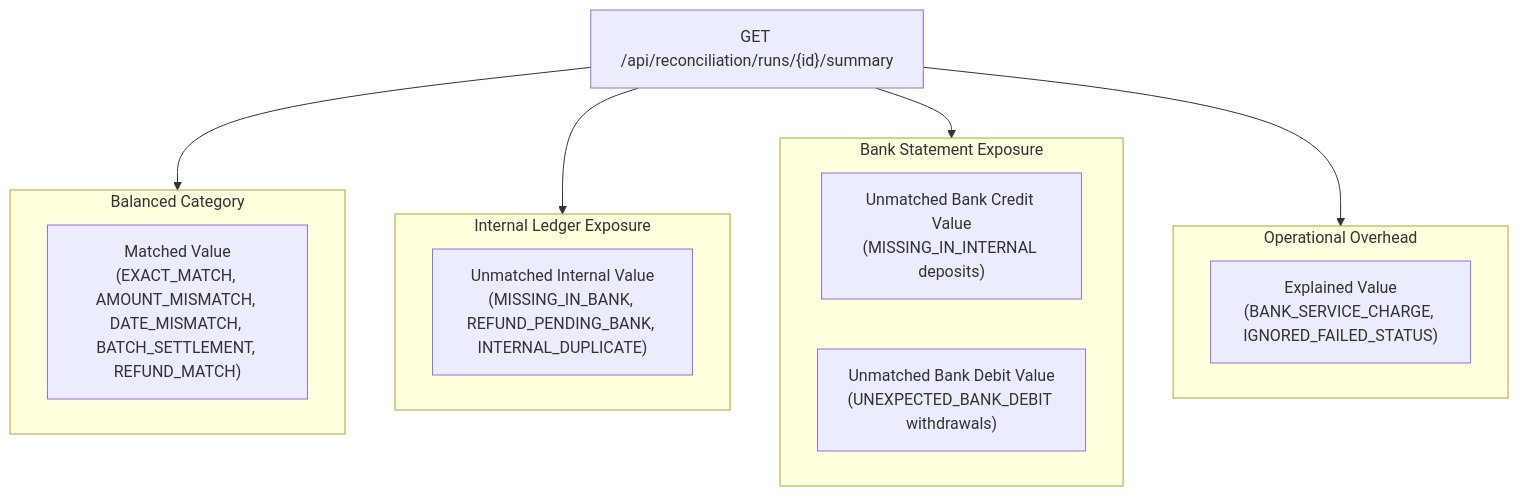
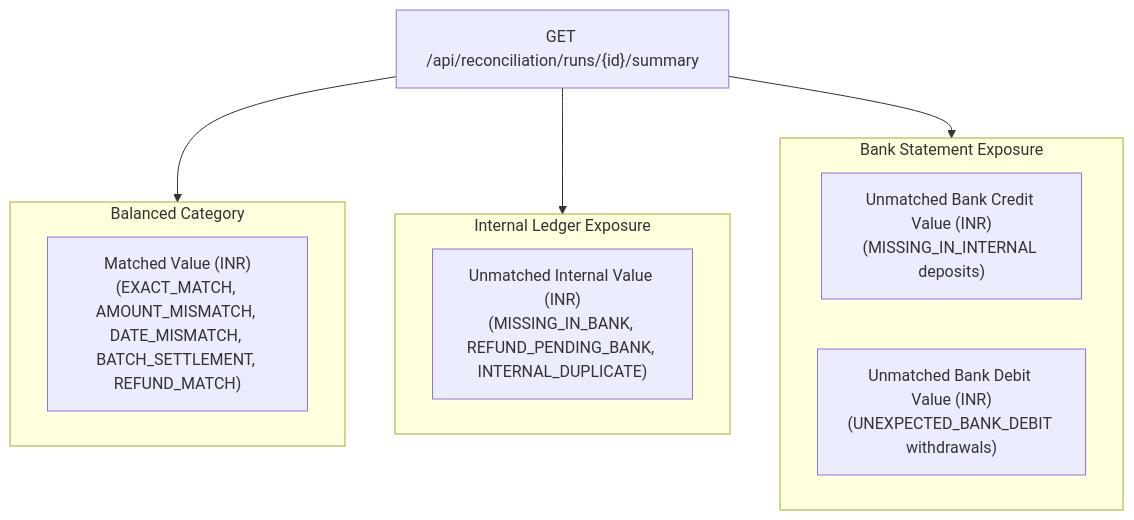
The fifth of 6 diagrams in WORKFLOW.md (Kaifkhan1212/ReconcileX), drawn with Mermaid before and after one commit. The commit also changed other lines of this file and 53 other files, not shown here.

````diff
--- a/WORKFLOW.md
+++ b/WORKFLOW.md
@@ -180,26 +181,21 @@
 ```mermaid
 graph TD
     RunSummary["GET /api/reconciliation/runs/{id}/summary"]
     
     subgraph Balanced["Balanced Category"]
-        Matched["Matched Value<br/>(EXACT_MATCH, AMOUNT_MISMATCH, DATE_MISMATCH, BATCH_SETTLEMENT, REFUND_MATCH)"]
+        Matched["Matched Value (INR)<br/>(EXACT_MATCH, AMOUNT_MISMATCH, DATE_MISMATCH, BATCH_SETTLEMENT, REFUND_MATCH)"]
     end
 
     subgraph InternalExposure["Internal Ledger Exposure"]
-        UnmatchedInternal["Unmatched Internal Value<br/>(MISSING_IN_BANK, REFUND_PENDING_BANK, INTERNAL_DUPLICATE)"]
+        UnmatchedInternal["Unmatched Internal Value (INR)<br/>(MISSING_IN_BANK, REFUND_PENDING_BANK, INTERNAL_DUPLICATE)"]
     end
 
     subgraph BankExposure["Bank Statement Exposure"]
-        UnmatchedCredit["Unmatched Bank Credit Value<br/>(MISSING_IN_INTERNAL deposits)"]
-        UnmatchedDebit["Unmatched Bank Debit Value<br/>(UNEXPECTED_BANK_DEBIT withdrawals)"]
-    end
-
-    subgraph OperationalOverhead["Operational Overhead"]
-        Explained["Explained Value<br/>(BANK_SERVICE_CHARGE, IGNORED_FAILED_STATUS)"]
+        UnmatchedCredit["Unmatched Bank Credit Value (INR)<br/>(MISSING_IN_INTERNAL deposits)"]
+        UnmatchedDebit["Unmatched Bank Debit Value (INR)<br/>(UNEXPECTED_BANK_DEBIT withdrawals)"]
     end
 
     RunSummary --> Balanced
     RunSummary --> InternalExposure
     RunSummary --> BankExposure
-    RunSummary --> OperationalOverhead
 ```
````
